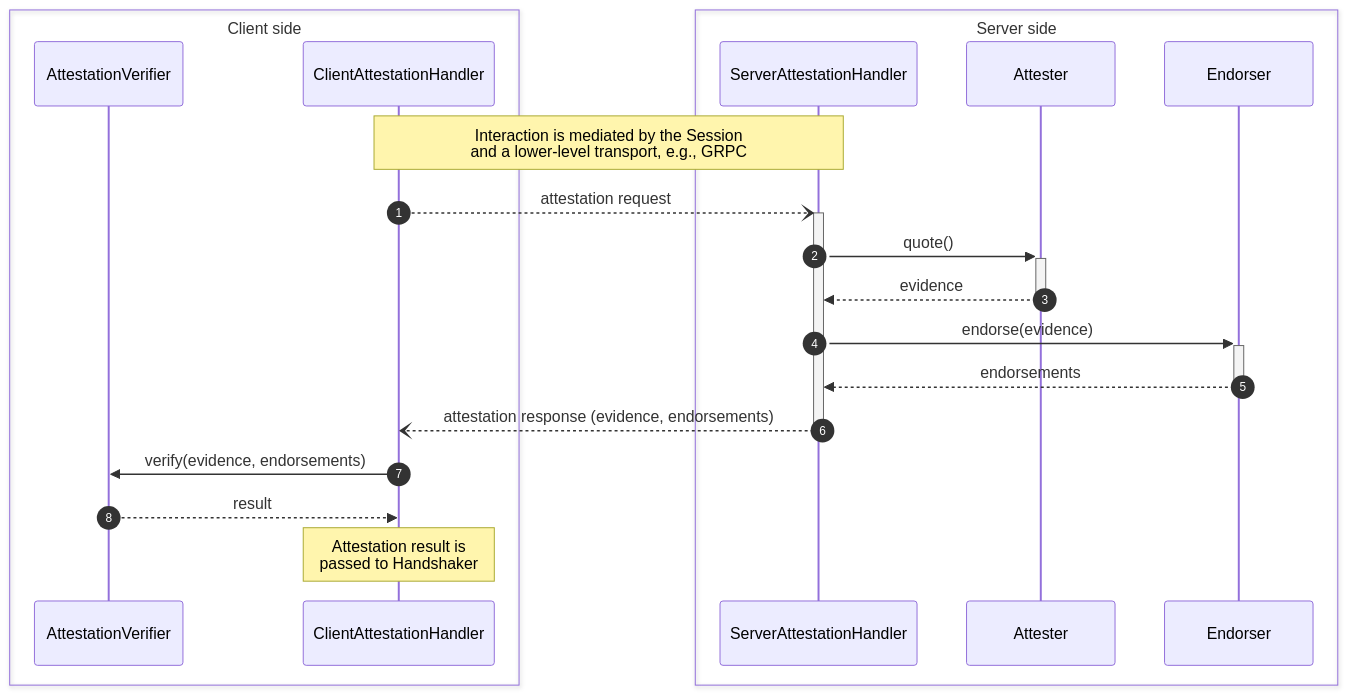
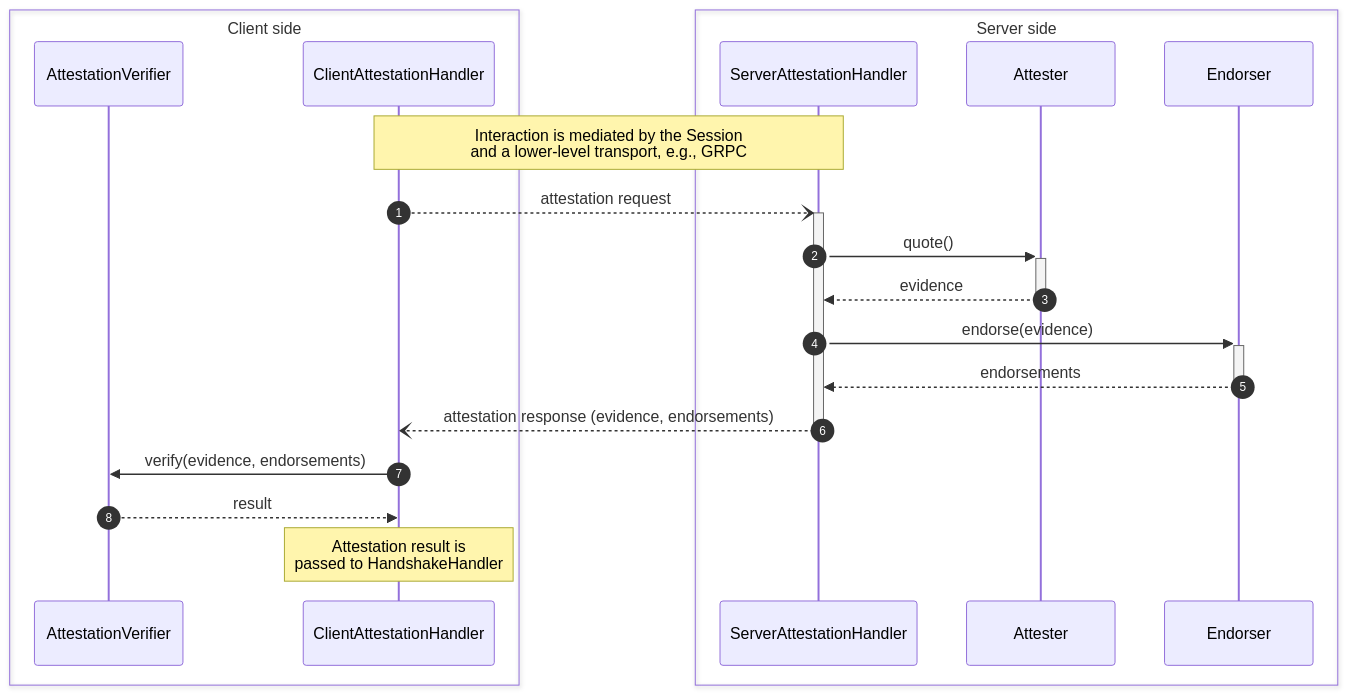
The second of 5 diagrams in oak_session/README.md (project-oak/oak), drawn with Mermaid before and after one commit. The commit also changed other lines of this file and 5 other files, not shown here.

Commit message:
Rename `Handshaker` to `HandshakeHandler` to be consistent with the AttestationHandler naming pattern.

````diff
--- a/oak_session/README.md
+++ b/oak_session/README.md
@@ -206,28 +206,28 @@
 ```mermaid
 sequenceDiagram
     autonumber
 
     box Client side
         participant AV as AttestationVerifier
         participant CAP as ClientAttestationHandler
     end
     box Server side
         participant SAP as ServerAttestationHandler
         participant A as Attester
         participant E as Endorser
     end
 
     Note over CAP,SAP: Interaction is mediated by the Session<br/> and a lower-level transport, e.g., GRPC
     CAP--)+SAP: attestation request
     SAP->>+A: quote()
     A-->>-SAP: evidence
     SAP->>+E: endorse(evidence)
     E-->>-SAP: endorsements
 
     SAP--)-CAP: attestation response (evidence, endorsements)
 
     CAP->>AV: verify(evidence, endorsements)
     AV-->>CAP: result
 
-    Note over CAP: Attestation result is<br/> passed to Handshaker
+    Note over CAP: Attestation result is<br/> passed to HandshakeHandler
 ```
````
